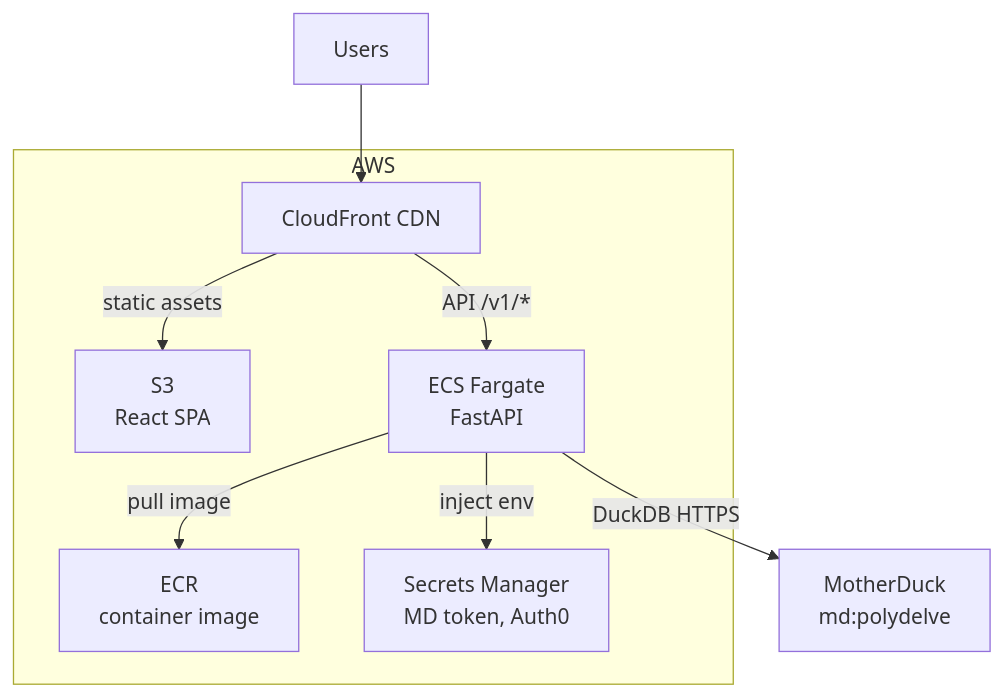
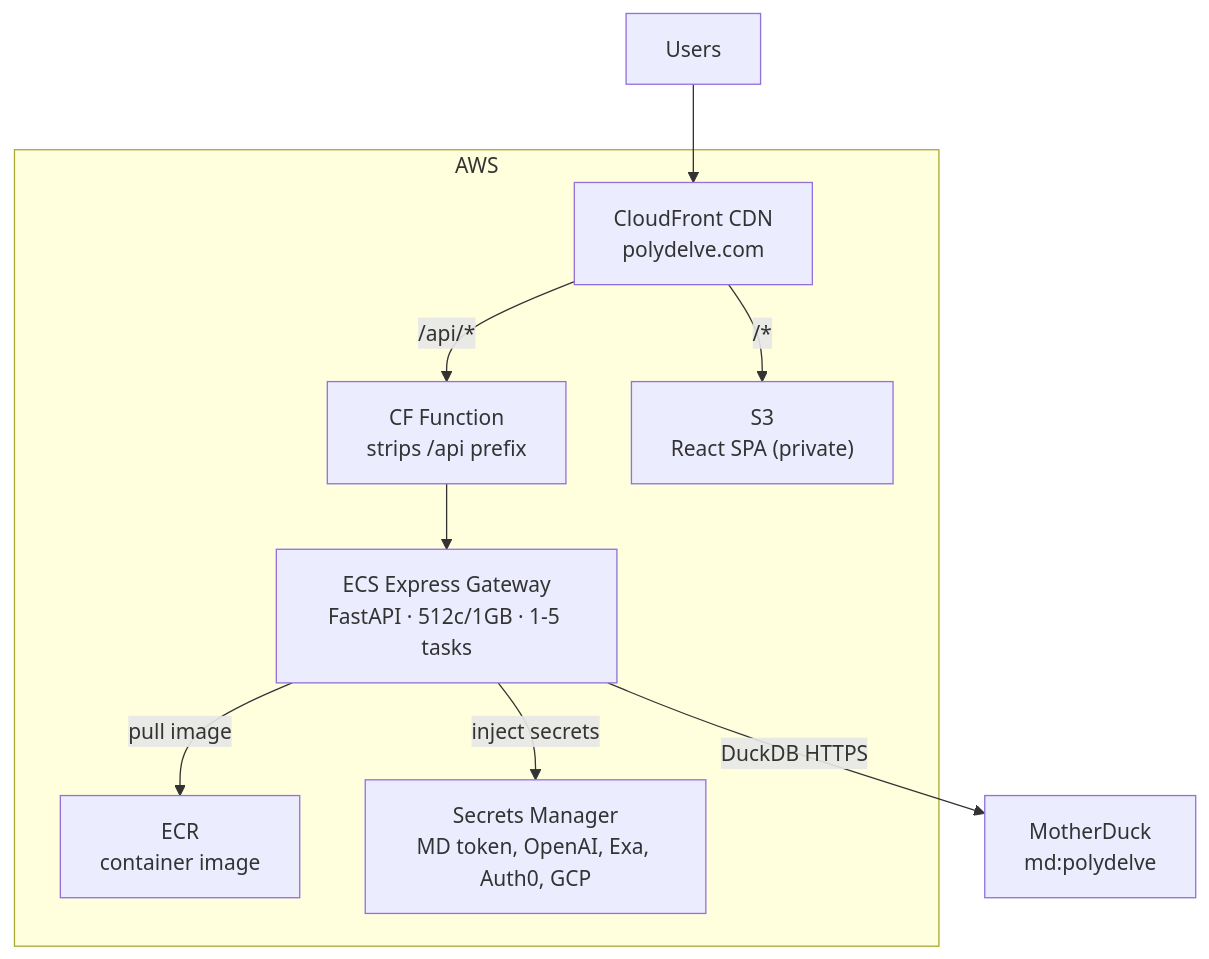
One commit to JacksonFaulkner/polydelve changed the diagram in docs/content/docs/backend/api.mdx. Above: the diagram before and after it, drawn with Mermaid. The commit also changed other lines of this file and 2 other files, not shown here.

First line of the commit message:
docs: fix api.mdx and pipeline.mdx holes found by code audit

````diff
--- a/docs/content/docs/backend/api.mdx
+++ b/docs/content/docs/backend/api.mdx
@@ -8,20 +8,21 @@
 ```mermaid
 flowchart TD
   Users --> CF
 
   subgraph AWS
-    CF["CloudFront CDN"]
-    S3["S3\nReact SPA"]
-    ECS["ECS Fargate\nFastAPI"]
+    CF["CloudFront CDN\npolydelve.com"]
+    CFF["CF Function\nstrips /api prefix"]
+    S3["S3\nReact SPA (private)"]
+    ECS["ECS Express Gateway\nFastAPI · 512c/1GB · 1-5 tasks"]
     ECR["ECR\ncontainer image"]
-    SM["Secrets Manager\nMD token, Auth0"]
+    SM["Secrets Manager\nMD token, OpenAI, Exa, Auth0, GCP"]
   end
 
   MD["MotherDuck\nmd:polydelve"]
 
-  CF --"static assets"--> S3
-  CF --"API /v1/*"--> ECS
+  CF --"/*"--> S3
+  CF --"/api/*"--> CFF --> ECS
   ECS --"pull image"--> ECR
-  ECS --"inject env"--> SM
+  ECS --"inject secrets"--> SM
   ECS --"DuckDB HTTPS"--> MD
 ```
````
